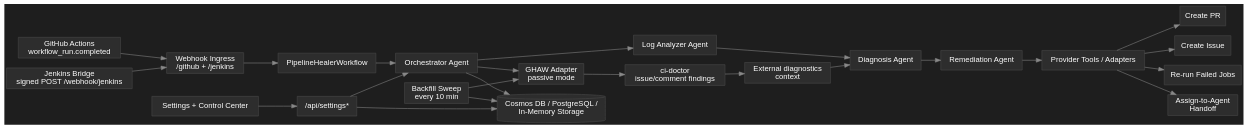
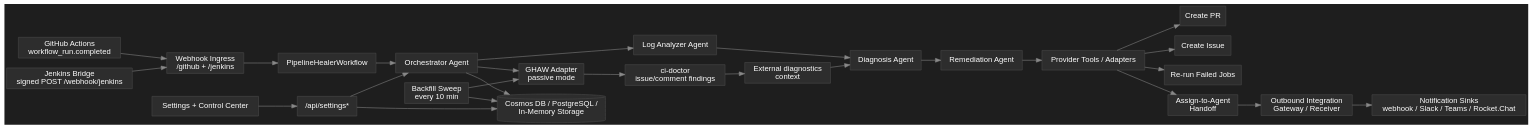
Before and after one commit to Canepro/pipelinehealer: the diagram in docs/screens/pipeline-healer-architecture.dot, drawn with Graphviz. The commit also changed 15 other files, not shown here.

```diff
--- a/docs/screens/pipeline-healer-architecture.dot
+++ b/docs/screens/pipeline-healer-architecture.dot
@@ -1,48 +1,52 @@
 digraph PipelineHealerWorkflow {
   rankdir="LR";
   bgcolor="#1e1e1e";
   node [shape="box" style="filled" fillcolor="#2d2d2d" fontcolor="white" color="#4a4a4a" fontname="Helvetica"];
   edge [color="#888888" fontname="Helvetica"];
   GH [label="GitHub Actions\nworkflow_run.completed" shape="box"];
   JN [label="Jenkins Bridge\nsigned POST /webhook/jenkins" shape="box"];
   WH [label="Webhook Ingress\n/github + /jenkins" shape="box"];
   WF [label="PipelineHealerWorkflow" shape="box"];
   OR [label="Orchestrator Agent" shape="box"];
   LA [label="Log Analyzer Agent" shape="box"];
   DG [label="Diagnosis Agent" shape="box"];
   RM [label="Remediation Agent" shape="box"];
   GT [label="Provider Tools / Adapters" shape="box"];
   PR [label="Create PR" shape="box"];
   IS [label="Create Issue" shape="box"];
   RR [label="Re-run Failed Jobs" shape="box"];
   HO [label="Assign-to-Agent\nHandoff" shape="box"];
+  GW [label="Outbound Integration\nGateway / Receiver" shape="box"];
+  NT [label="Notification Sinks\nwebhook / Slack / Teams / Rocket.Chat" shape="box"];
   ADP [label="GHAW Adapter\npassive mode" shape="box"];
   CD [label="ci-doctor\nissue/comment findings" shape="box"];
   EXT [label="External diagnostics\ncontext" shape="box"];
   BF [label="Backfill Sweep\nevery 10 min" shape="box"];
   ST [label="Cosmos DB / PostgreSQL /\nIn-Memory Storage" shape="cylinder"];
   UI [label="Settings + Control Center" shape="box"];
   API [label="/api/settings*" shape="box"];
   GH -> WH;
   JN -> WH;
   WH -> WF;
   WF -> OR;
   OR -> LA;
   LA -> DG;
   OR -> ADP;
   ADP -> CD;
   CD -> EXT;
   EXT -> DG;
   DG -> RM;
   RM -> GT;
   GT -> PR;
   GT -> IS;
   GT -> RR;
   GT -> HO;
+  HO -> GW;
+  GW -> NT;
   OR -> ST;
   BF -> ADP;
   BF -> ST;
   UI -> API;
   API -> OR;
   API -> ST;
 }
```
